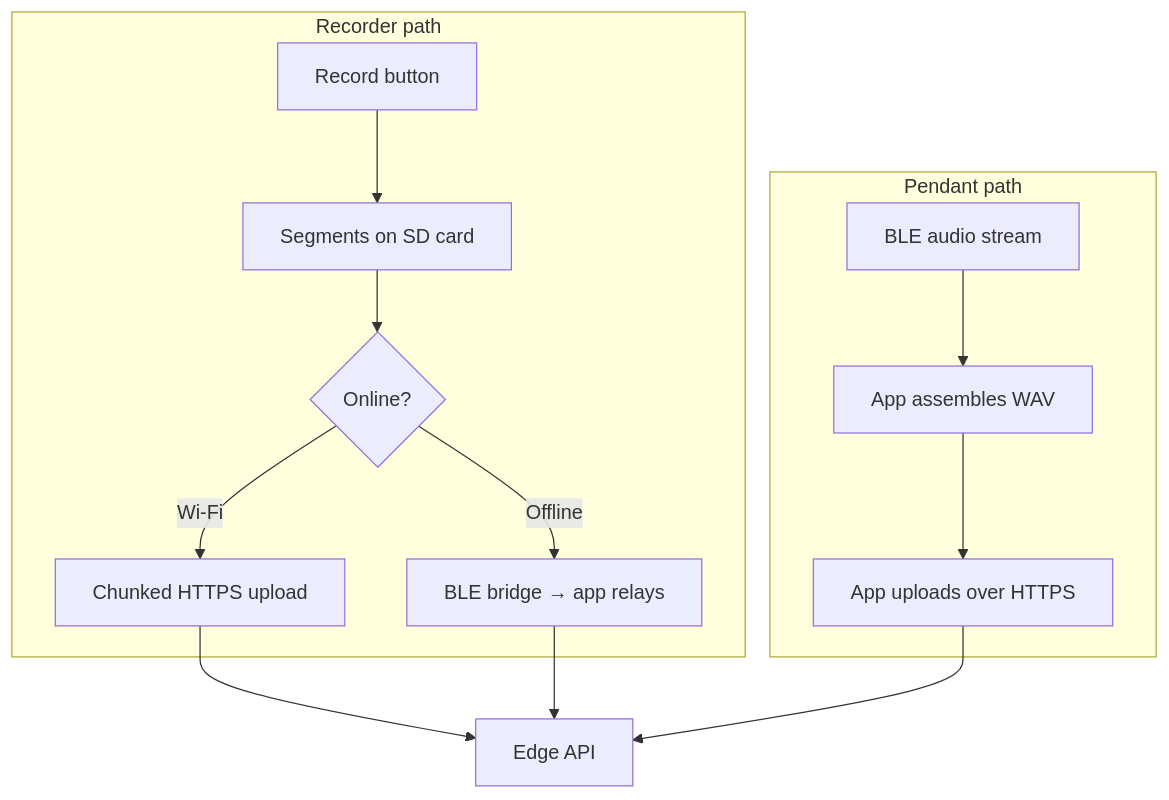
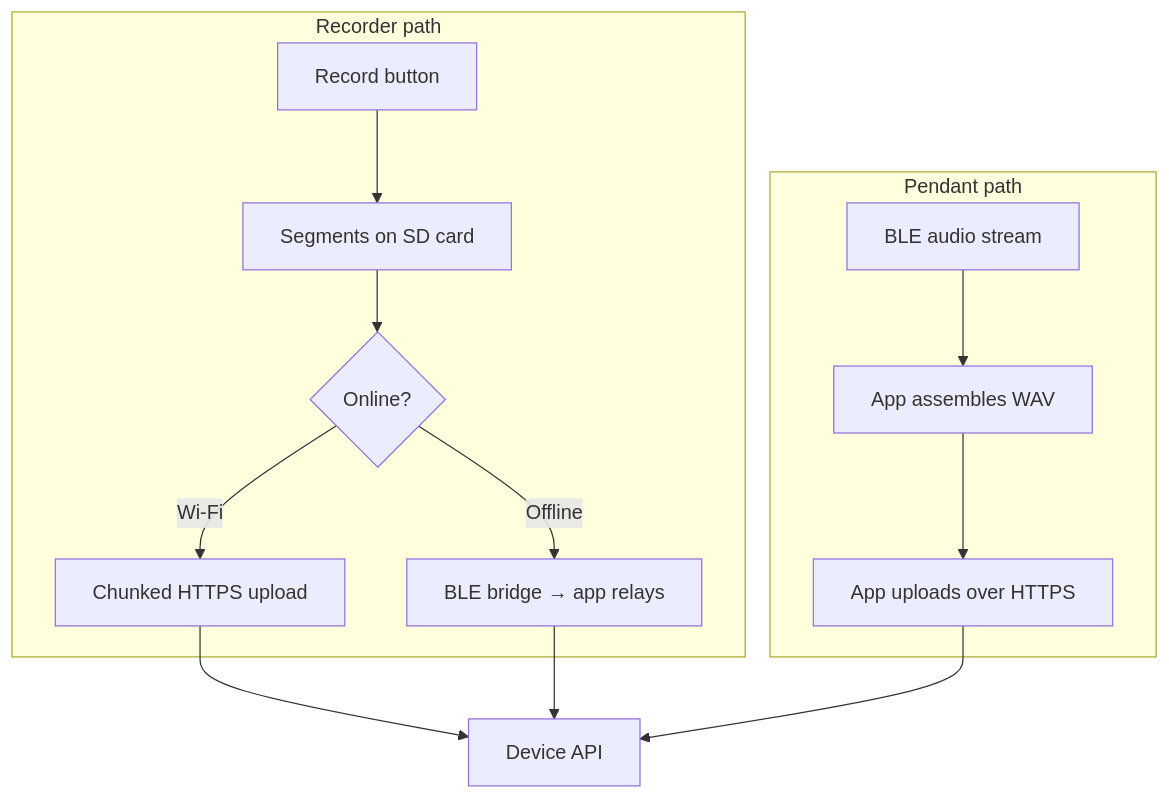
Before and after one commit to Longcao24/sate-companion: the third of 3 diagrams in docs-site/docs/architecture.md, drawn with Mermaid. The commit also changed other lines of this file and 11 other files, not shown here.

````diff
--- a/docs-site/docs/architecture.md
+++ b/docs-site/docs/architecture.md
@@ -98,16 +98,16 @@
 ```mermaid
 flowchart TD
   subgraph Recorder path
     R1["Record button"] --> R2["Segments on SD card"]
     R2 --> R3{"Online?"}
     R3 -- "Wi-Fi" --> R4["Chunked HTTPS upload"]
     R3 -- "Offline" --> R5["BLE bridge → app relays"]
   end
   subgraph Pendant path
     P1["BLE audio stream"] --> P2["App assembles WAV"]
     P2 --> P3["App uploads over HTTPS"]
   end
-  R4 --> API["Edge API"]
+  R4 --> API["Device API"]
   R5 --> API
   P3 --> API
 ```
````
